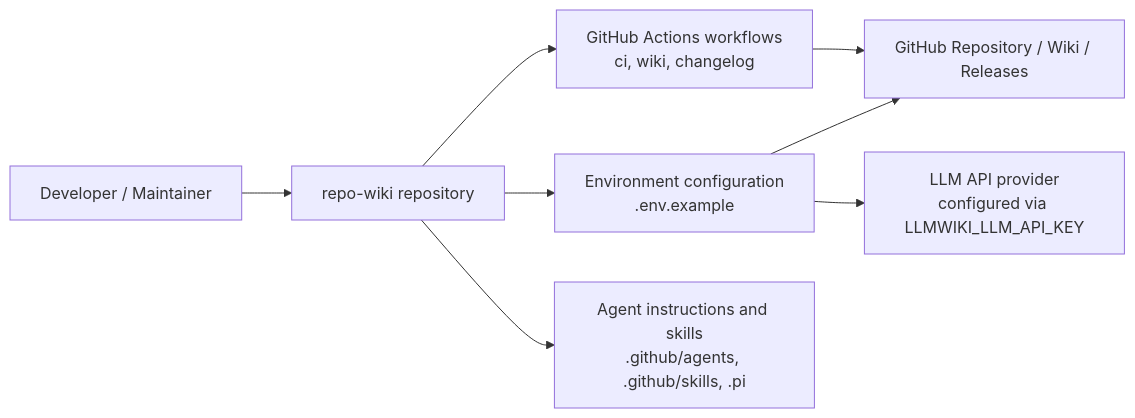
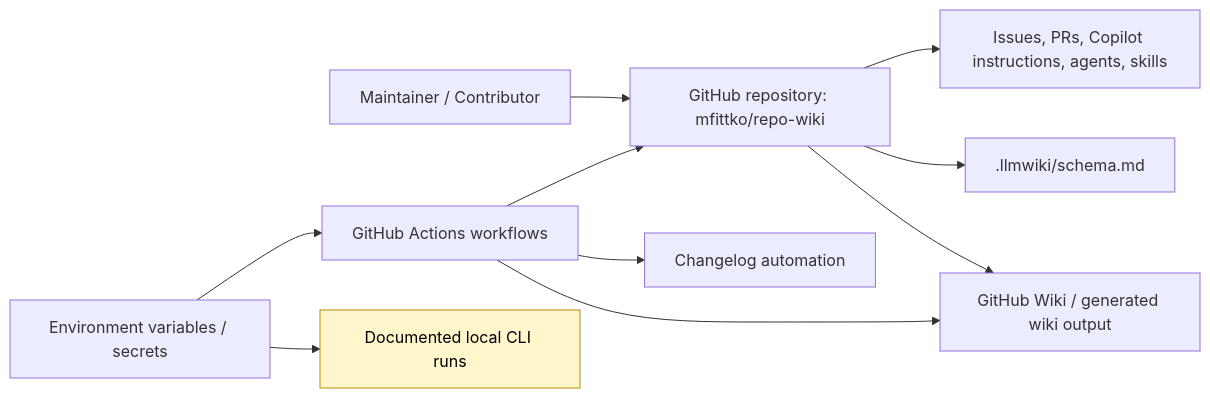
Before and after one commit to mfittko/repo-wiki: the first of 4 diagrams in Architecture.md, drawn with Mermaid. The commit also changed other lines of this file and 45 other files, not shown here.

Commit message:
Compile repository wiki 2026-06-12T15:40:19.942Z

````diff
--- a/Architecture.md
+++ b/Architecture.md
@@ -57,18 +45,15 @@
 ```mermaid
 flowchart LR
-    Dev["Developer / Maintainer"]
-    Repo["repo-wiki repository"]
-    Env["Environment configuration<br/>.env.example"]
-    Actions["GitHub Actions workflows<br/>ci, wiki, changelog"]
-    GitHub["GitHub Repository / Wiki / Releases"]
-    LLM["LLM API provider<br/>configured via LLMWIKI_LLM_API_KEY"]
-    Agents["Agent instructions and skills<br/>.github/agents, .github/skills, .pi"]
+    User["Maintainer / Contributor"] --> GitHubRepo["GitHub repository: mfittko/repo-wiki"]
+    GitHubActions["GitHub Actions workflows"] --> GitHubRepo
+    GitHubRepo --> Wiki["GitHub Wiki / generated wiki output"]
+    GitHubActions --> Wiki
+    GitHubActions --> Changelog["Changelog automation"]
+    GitHubRepo --> Schema[".llmwiki/schema.md"]
+    GitHubRepo --> Collaboration["Issues, PRs, Copilot instructions, agents, skills"]
+    Env["Environment variables / secrets"] --> GitHubActions
+    Env --> LocalRun["Documented local CLI runs"]
 
-    Dev --> Repo
-    Repo --> Env
-    Repo --> Actions
-    Repo --> Agents
-    Env --> GitHub
-    Env --> LLM
-    Actions --> GitHub
+    classDef inferred fill:#fff6cc,stroke:#b38f00,color:#000;
+    class LocalRun inferred;
 ```
````
